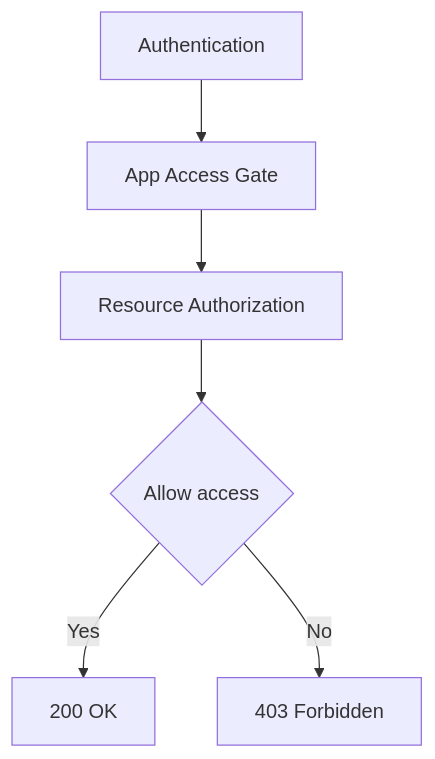
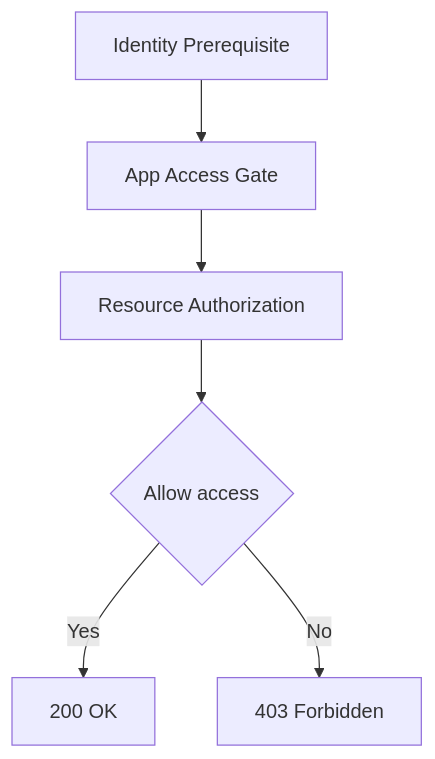
Before and after one commit to jorge3004/myapps: the diagram in _docs/authz/04_DECISION_MATRIX.md, drawn with Mermaid. The commit also changed other lines of this file and 33 other files, not shown here.

````diff
--- a/_docs/authz/04_DECISION_MATRIX.md
+++ b/_docs/authz/04_DECISION_MATRIX.md
@@ -22,8 +22,8 @@
 ```mermaid
 graph TD
-	A[Authentication] --> B[App Access Gate]
+	A[Identity Prerequisite] --> B[App Access Gate]
 	B --> C[Resource Authorization]
 	C --> D{Allow access}
 	D -->|Yes| E[200 OK]
 	D -->|No| F[403 Forbidden]
 ```
````
